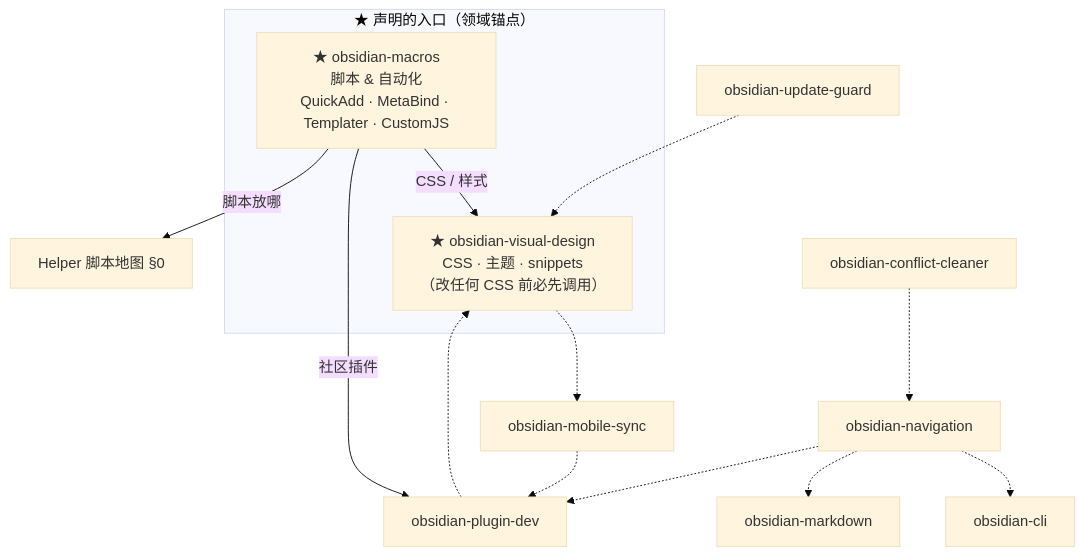
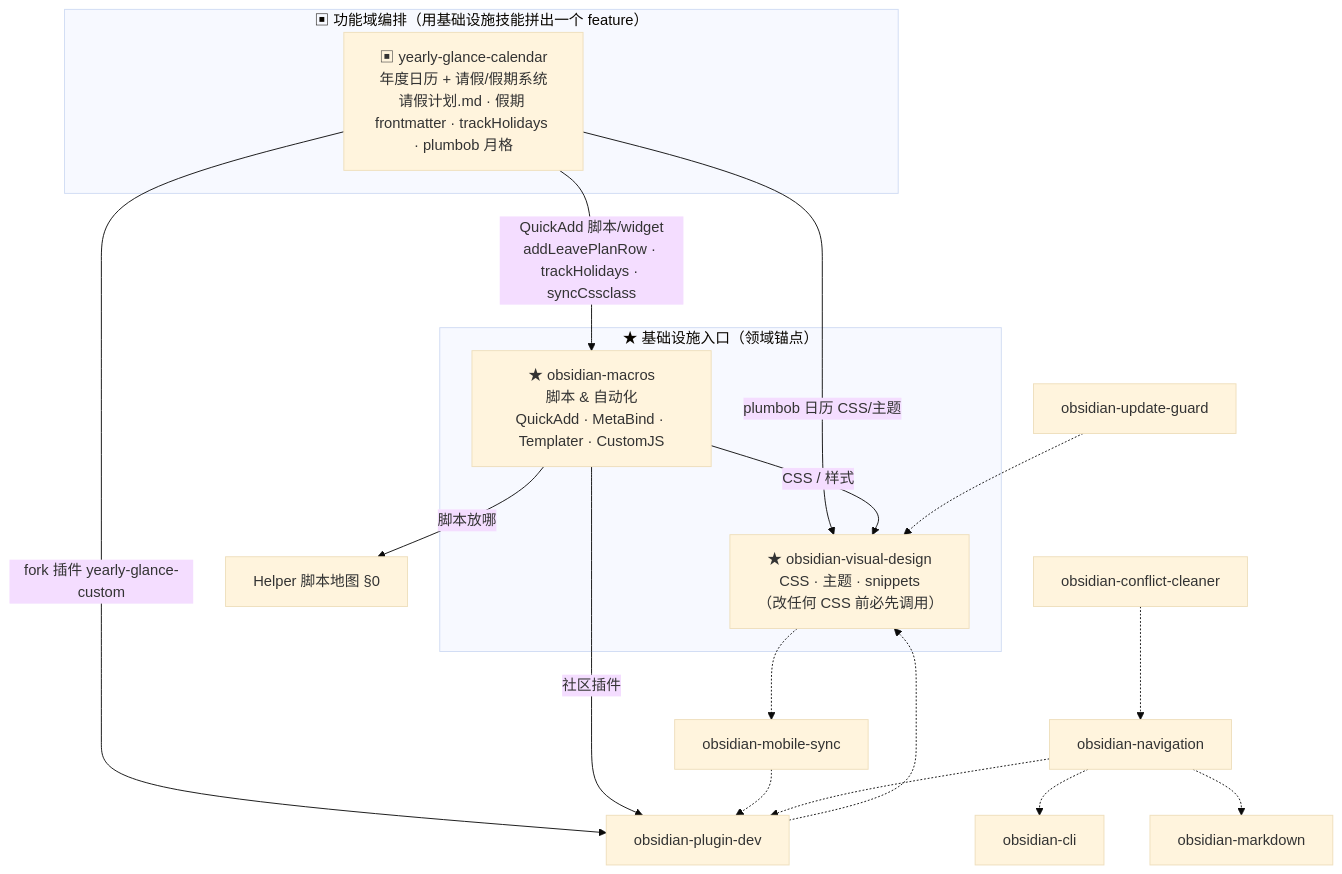
The diagram in 说明书/Obsidian 技能编排关系.md (syyangv/obsidian-vault-scripts), drawn with Mermaid (base theme) before and after one commit. The commit also changed other lines of this file, not shown here.

Commit message:
docs(Helper): add yearly-glance-calendar (feature layer) to skill-orchestration chart
It's a feature-domain orchestrator (leave/holiday/calendar) that delegates DOWN to
the infrastructure anchors: scripts→macros, calendar CSS→visual-design, fork plugin
→plugin-dev. Added node + edges + routing-table row + a feature-layer explainer.

````diff
--- a/说明书/Obsidian 技能编排关系.md
+++ b/说明书/Obsidian 技能编排关系.md
@@ -13,22 +13,30 @@
 ```mermaid
 graph TD
-    subgraph ANCHORS["★ 声明的入口（领域锚点）"]
+    subgraph FEATURE["▣ 功能域编排（用基础设施技能拼出一个 feature）"]
+        YG["▣ yearly-glance-calendar<br/>年度日历 + 请假/假期系统<br/>请假计划.md · 假期 frontmatter · trackHolidays · plumbob 月格"]
+    end
+    subgraph ANCHORS["★ 基础设施入口（领域锚点）"]
         M["★ obsidian-macros<br/>脚本 &amp; 自动化<br/>QuickAdd · MetaBind · Templater · CustomJS"]
         V["★ obsidian-visual-design<br/>CSS · 主题 · snippets<br/>（改任何 CSS 前必先调用）"]
     end
 
-    %% 实线 = 本会话新增的「声明式路由」
+    %% 功能技能向下委派给基础设施技能（实线 = 声明式）
+    YG -->|QuickAdd 脚本/widget<br/>addLeavePlanRow · trackHolidays · syncCssclass| M
+    YG -->|plumbob 日历 CSS/主题| V
+    YG -->|fork 插件 yearly-glance-custom| PD["obsidian-plugin-dev"]
+
+    %% 基础设施锚点之间的声明式路由（本会话新增）
     M -->|CSS / 样式| V
-    M -->|社区插件| PD["obsidian-plugin-dev"]
+    M -->|社区插件| PD
     M -->|脚本放哪| S0["Helper 脚本地图 §0"]
 
     %% 虚线 = SKILL 正文里既有的零散「see also」引用
     PD -.-> V
     UG["obsidian-update-guard"] -.-> V
     MS["obsidian-mobile-sync"] -.-> PD
     V -.-> MS
     NAV["obsidian-navigation"] -.-> CLI["obsidian-cli"]
     NAV -.-> MD["obsidian-markdown"]
     NAV -.-> PD
     CC["obsidian-conflict-cleaner"] -.-> NAV
 ```
````
